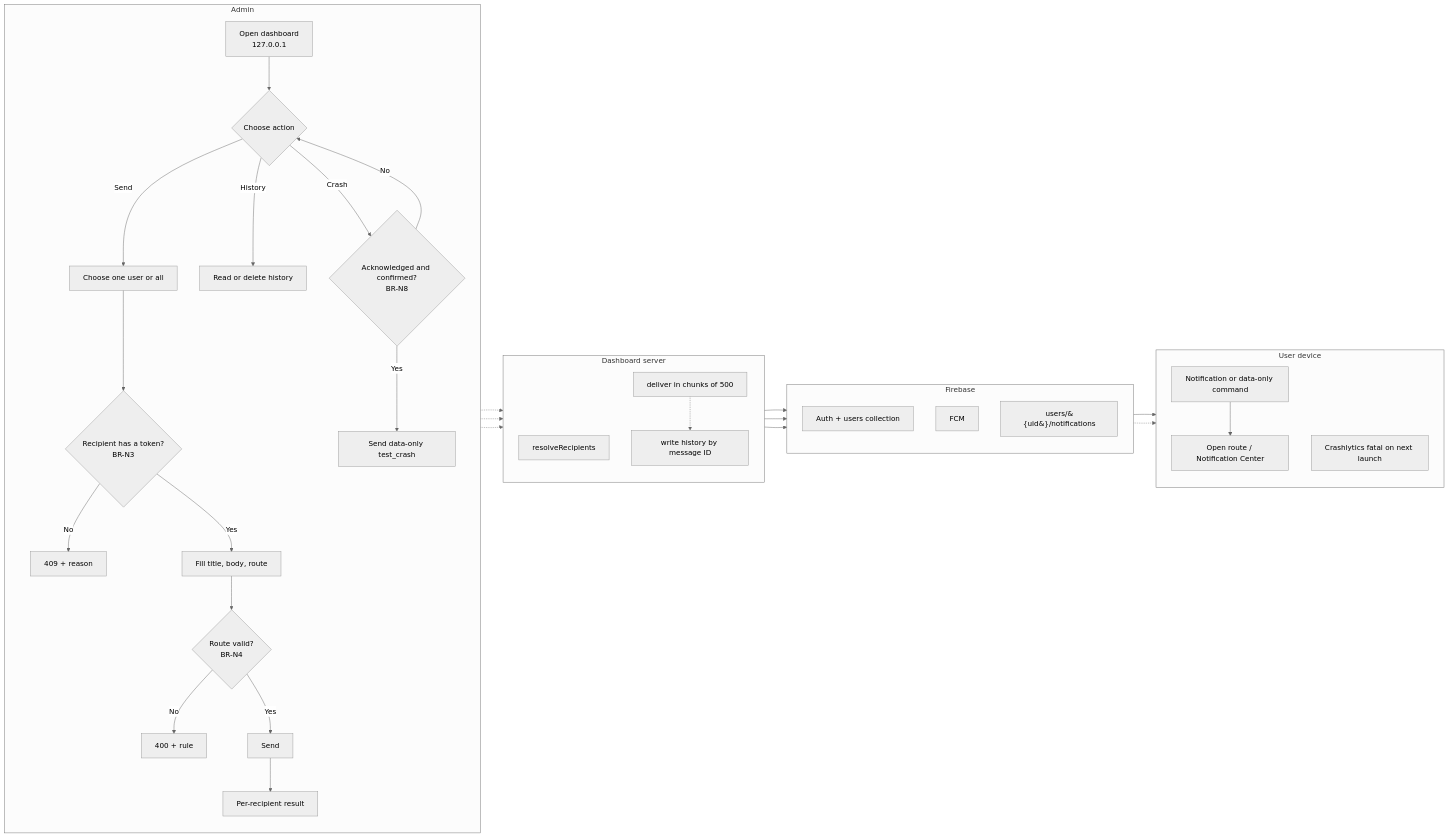
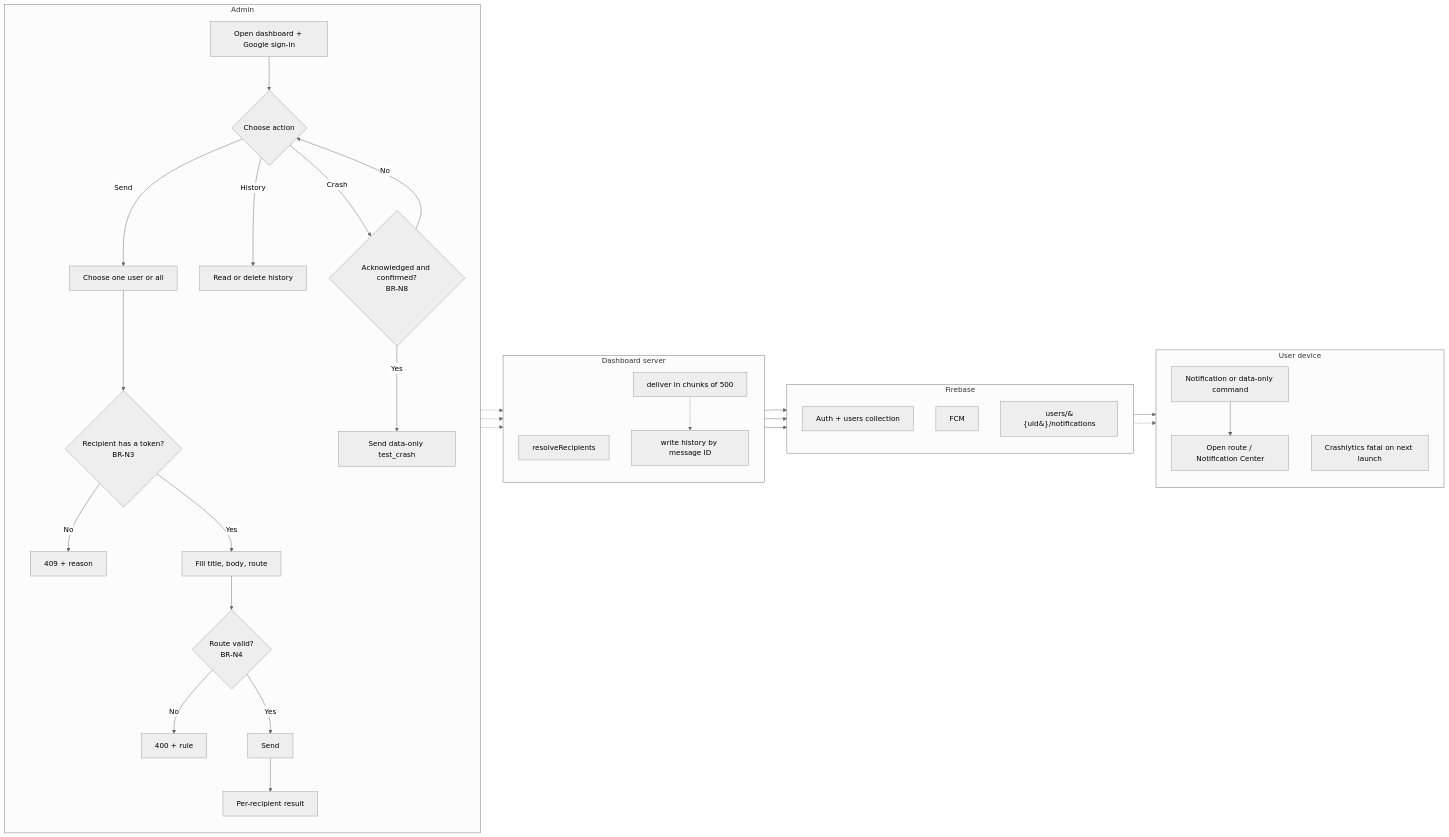
One commit to lamtailoi2/prm323_lab3 changed the third of 5 diagrams in docs/business-rules.md. Above: the diagram before and after it, drawn with Mermaid (neutral theme). The commit also changed other lines of this file and 38 other files, not shown here.

````diff
--- a/docs/business-rules.md
+++ b/docs/business-rules.md
@@ -192,48 +192,48 @@
 ```mermaid
 flowchart LR
   subgraph ADMIN["Admin"]
     direction TB
-    D0["Open dashboard<br/>127.0.0.1"] --> D1{"Choose action"}
+    D0["Open dashboard + Google sign-in"] --> D1{"Choose action"}
     D1 -- "Send" --> D2["Choose one user or all"]
     D2 --> D3{"Recipient has a token?<br/>BR-N3"}
     D3 -- "No" --> D4["409 + reason"]
     D3 -- "Yes" --> D5["Fill title, body, route"]
     D5 --> D6{"Route valid?<br/>BR-N4"}
     D6 -- "No" --> D7["400 + rule"]
     D6 -- "Yes" --> D8["Send"]
     D8 --> D9["Per-recipient result"]
     D1 -- "History" --> D10["Read or delete history"]
     D1 -- "Crash" --> D11{"Acknowledged and confirmed?<br/>BR-N8"}
     D11 -- "No" --> D1
     D11 -- "Yes" --> D12["Send data-only test_crash"]
   end
 
   subgraph SERVER["Dashboard server"]
     direction TB
     S1["resolveRecipients"]
     S2["deliver in chunks of 500"]
     S3["write history by message ID"]
   end
 
   subgraph FIREBASE["Firebase"]
     direction TB
     FB1["Auth + users collection"]
     FB2["FCM"]
     FB3["users/&#123;uid&#125;/notifications"]
   end
 
   subgraph DEVICE["User device"]
     direction TB
     V1["Notification or data-only command"]
     V2["Open route / Notification Center"]
     V3["Crashlytics fatal on next launch"]
   end
 
   D2 -.-> S1 --> FB1
   D8 -.-> S2 --> FB2
   S2 -.-> S3 --> FB3
   FB2 --> V1
   V1 --> V2
   D12 -.-> S2
   FB2 -.-> V3
 ```
````
